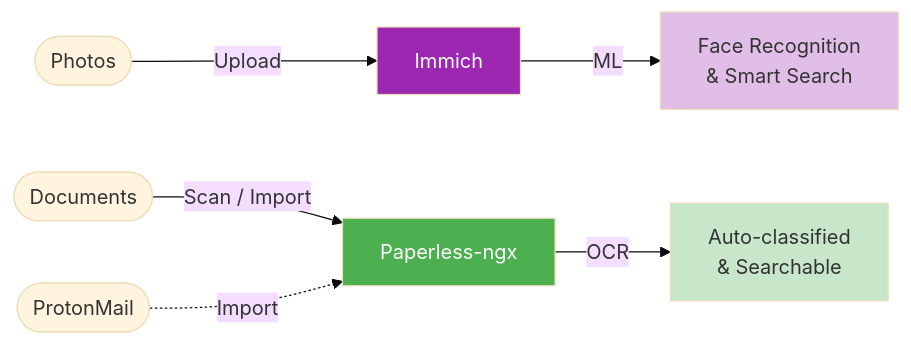
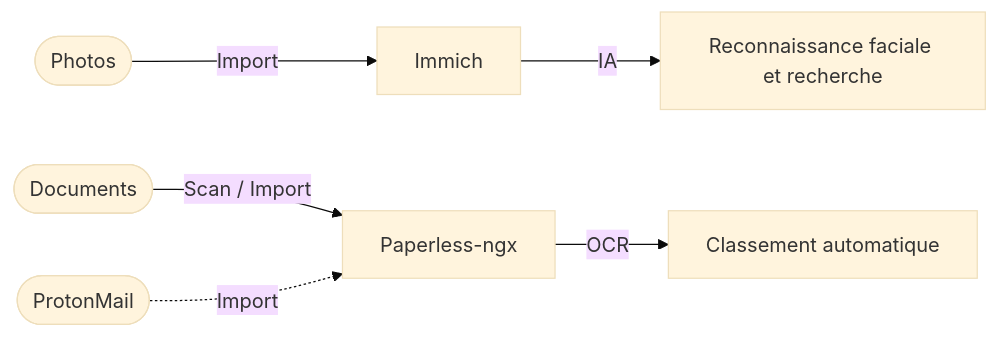
Before and after one commit to Wifsimster/docker-setup: the fourth of 6 diagrams in README.md, drawn with Mermaid (base theme). The commit also changed other lines of this file and 6 other files, not shown here.

````diff
--- a/README.md
+++ b/README.md
@@ -102,13 +130,8 @@
 ```mermaid
 graph LR
-    Photos([Photos]) -->|Upload| Immich
-    Immich -->|ML| Recognition[Face Recognition<br>& Smart Search]
+    Photos([Photos]) -->|Import| Immich
+    Immich -->|IA| Reco[Reconnaissance faciale et recherche]
     Documents([Documents]) -->|Scan / Import| Paperless[Paperless-ngx]
-    Paperless -->|OCR| Classified[Auto-classified<br>& Searchable]
+    Paperless -->|OCR| Classe[Classement automatique]
     Email([ProtonMail]) -.->|Import| Paperless
-
-    style Immich fill:#9C27B0,color:#fff
-    style Paperless fill:#4CAF50,color:#fff
-    style Recognition fill:#E1BEE7
-    style Classified fill:#C8E6C9
 ```
````
